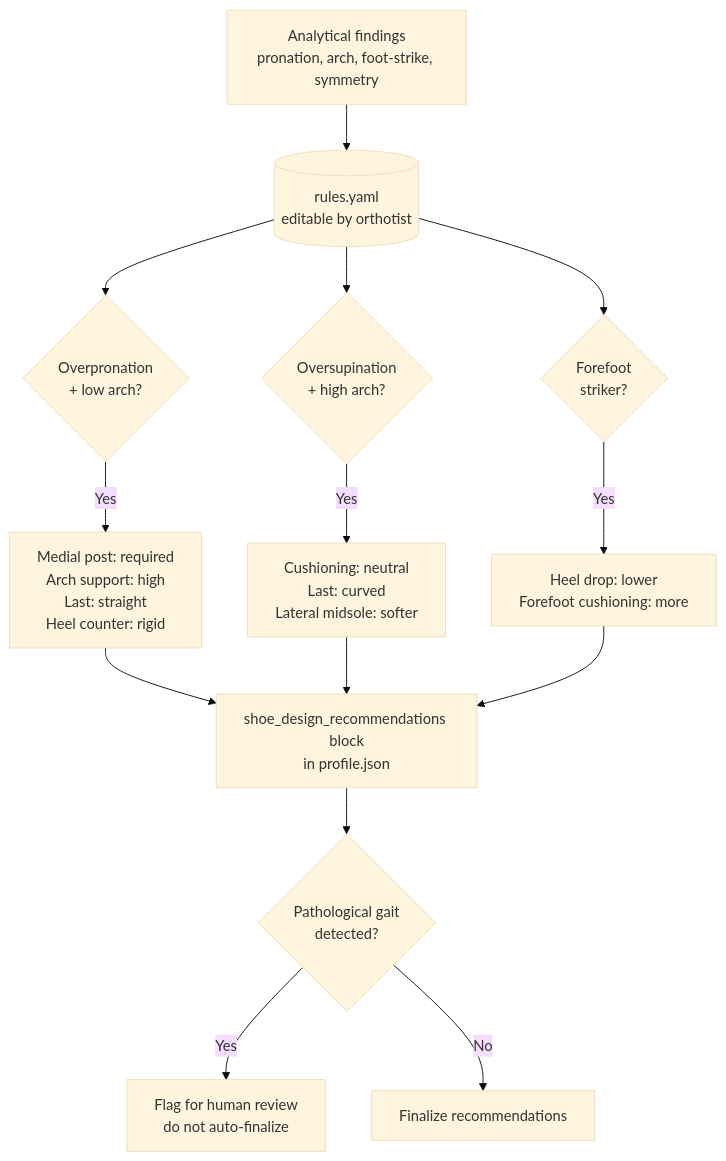
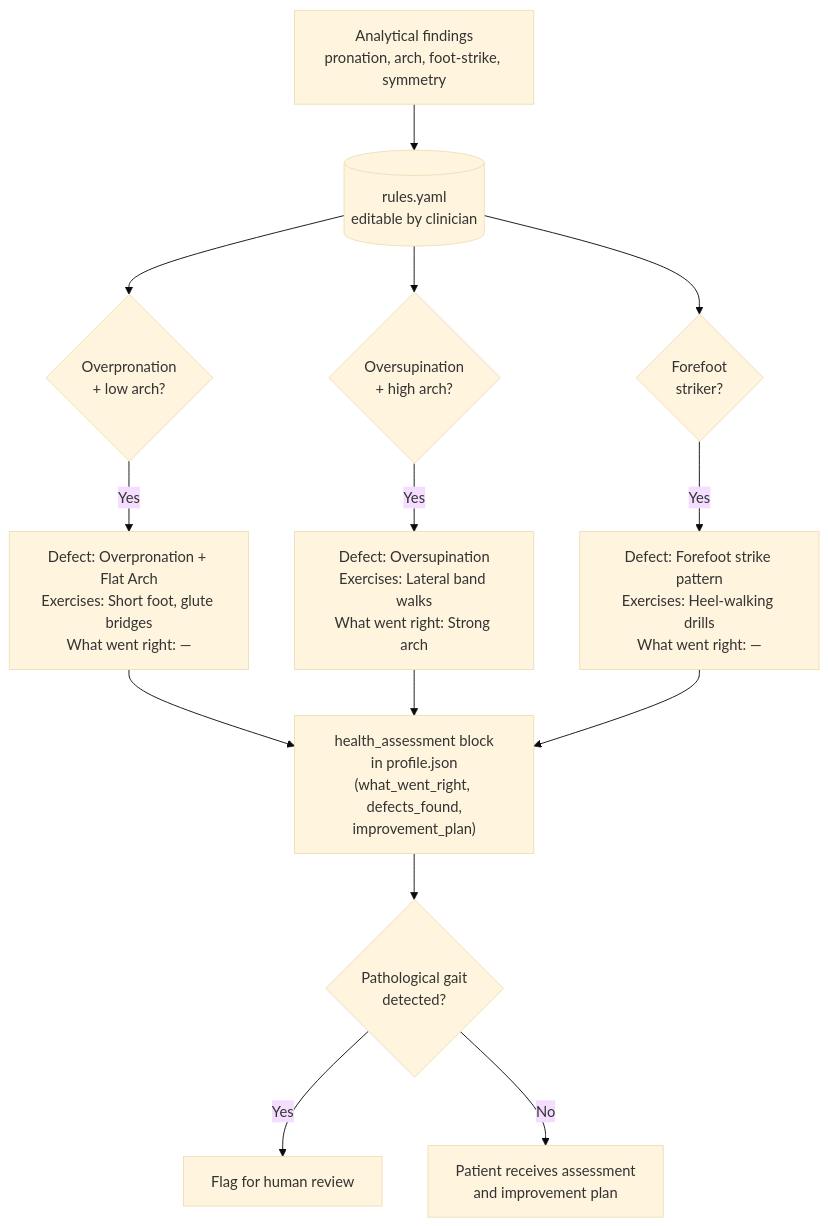
Before and after one commit to m0inak057/Sole-arium-GA-footwear: the seventh of 10 diagrams in docs/DATA_FLOW.md, drawn with Mermaid (base theme). The commit also changed other lines of this file and 59 other files, not shown here.

````diff
--- a/docs/DATA_FLOW.md
+++ b/docs/DATA_FLOW.md
@@ -157,16 +157,16 @@
 ```mermaid
 flowchart TD
-    AN[Analytical findings<br/>pronation, arch, foot-strike, symmetry] --> RULES[(rules.yaml<br/>editable by orthotist)]
+    AN[Analytical findings<br/>pronation, arch, foot-strike, symmetry] --> RULES[(rules.yaml<br/>editable by clinician)]
     RULES --> R1{Overpronation<br/>+ low arch?}
-    R1 -->|Yes| O1[Medial post: required<br/>Arch support: high<br/>Last: straight<br/>Heel counter: rigid]
+    R1 -->|Yes| O1["Defect: Overpronation + Flat Arch<br/>Exercises: Short foot, glute bridges<br/>What went right: —"]
     RULES --> R2{Oversupination<br/>+ high arch?}
-    R2 -->|Yes| O2[Cushioning: neutral<br/>Last: curved<br/>Lateral midsole: softer]
+    R2 -->|Yes| O2["Defect: Oversupination<br/>Exercises: Lateral band walks<br/>What went right: Strong arch"]
     RULES --> R3{Forefoot<br/>striker?}
-    R3 -->|Yes| O3[Heel drop: lower<br/>Forefoot cushioning: more]
-    O1 --> REC[shoe_design_recommendations block<br/>in profile.json]
+    R3 -->|Yes| O3["Defect: Forefoot strike pattern<br/>Exercises: Heel-walking drills<br/>What went right: —"]
+    O1 --> REC["health_assessment block<br/>in profile.json<br/>(what_went_right, defects_found,<br/>improvement_plan)"]
     O2 --> REC
     O3 --> REC
     REC --> HR{Pathological gait<br/>detected?}
-    HR -->|Yes| REVIEW[Flag for human review<br/>do not auto-finalize]
-    HR -->|No| FINAL[Finalize recommendations]
+    HR -->|Yes| REVIEW[Flag for human review]
+    HR -->|No| FINAL[Patient receives assessment<br/>and improvement plan]
 ```
````
